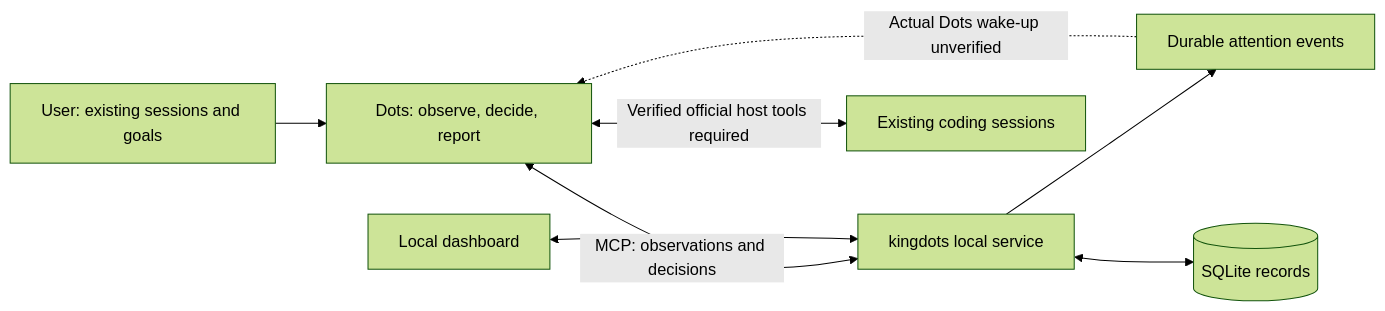
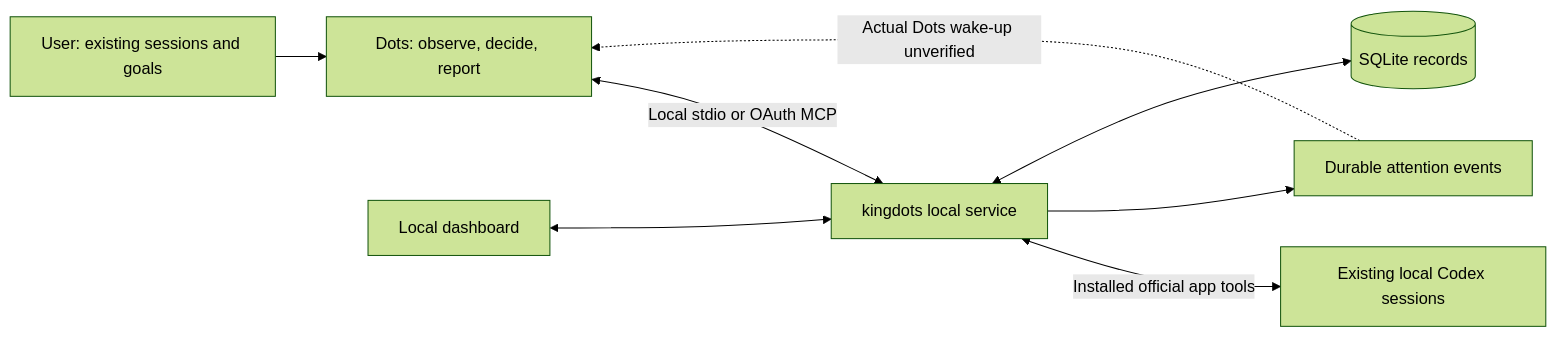
One commit to OtterHelm/kingdots changed the diagram in README.md. Above: the diagram before and after it, drawn with Mermaid (forest theme). The commit also changed other lines of this file and 34 other files, not shown here.

Commit message:
feat: bridge existing Codex chats through scoped OAuth MCP

````diff
--- a/README.md
+++ b/README.md
@@ -50,10 +64,10 @@
 ```mermaid
 flowchart LR
     U[User: existing sessions and goals] --> D[Dots: observe, decide, report]
-    D <-->|MCP: observations and decisions| K[kingdots local service]
-    D <-->|Verified official host tools required| S[Existing coding sessions]
+    D <-->|Local stdio or OAuth MCP| K[kingdots local service]
+    K <-->|Installed official app tools| S[Existing local Codex sessions]
     K --> E[Durable attention events]
     E -. Actual Dots wake-up unverified .-> D
     K <--> DB[(SQLite records)]
     W[Local dashboard] <--> K
 ```
````
